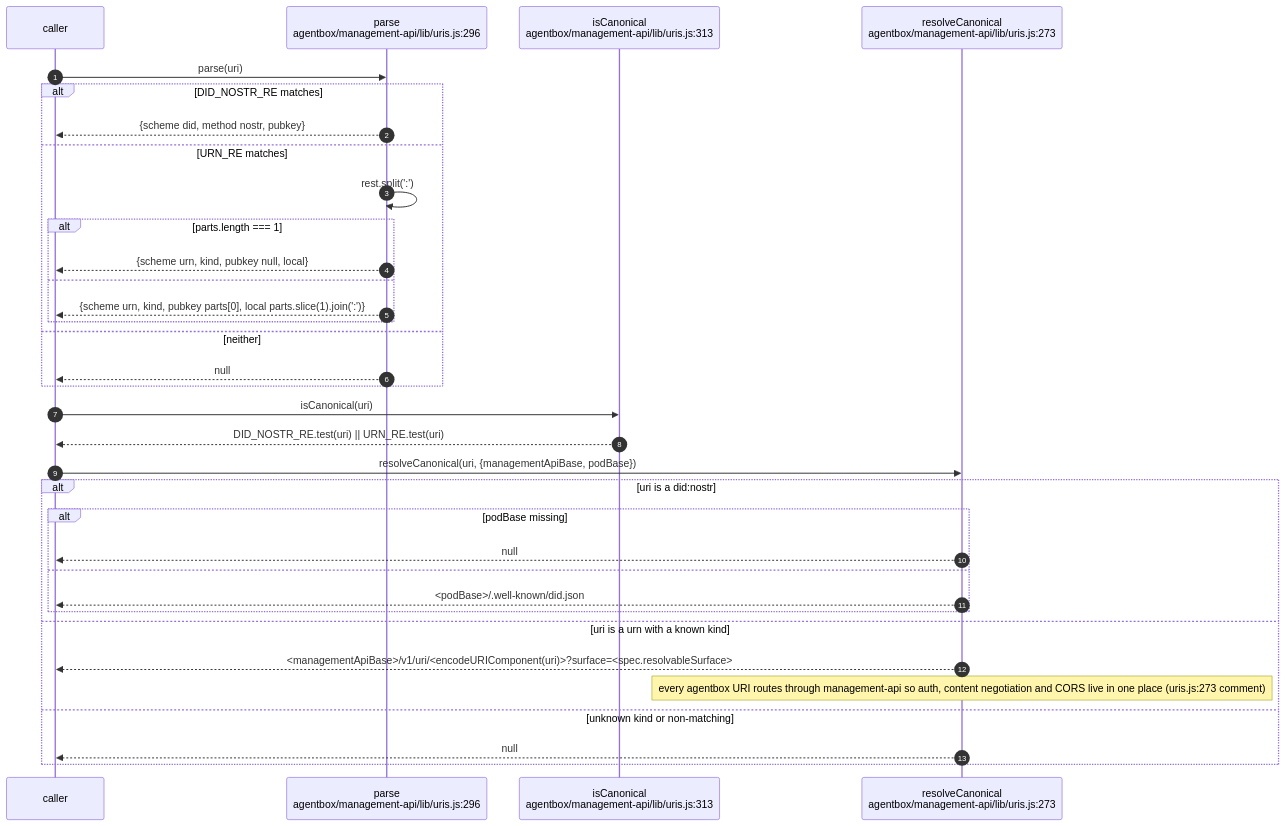
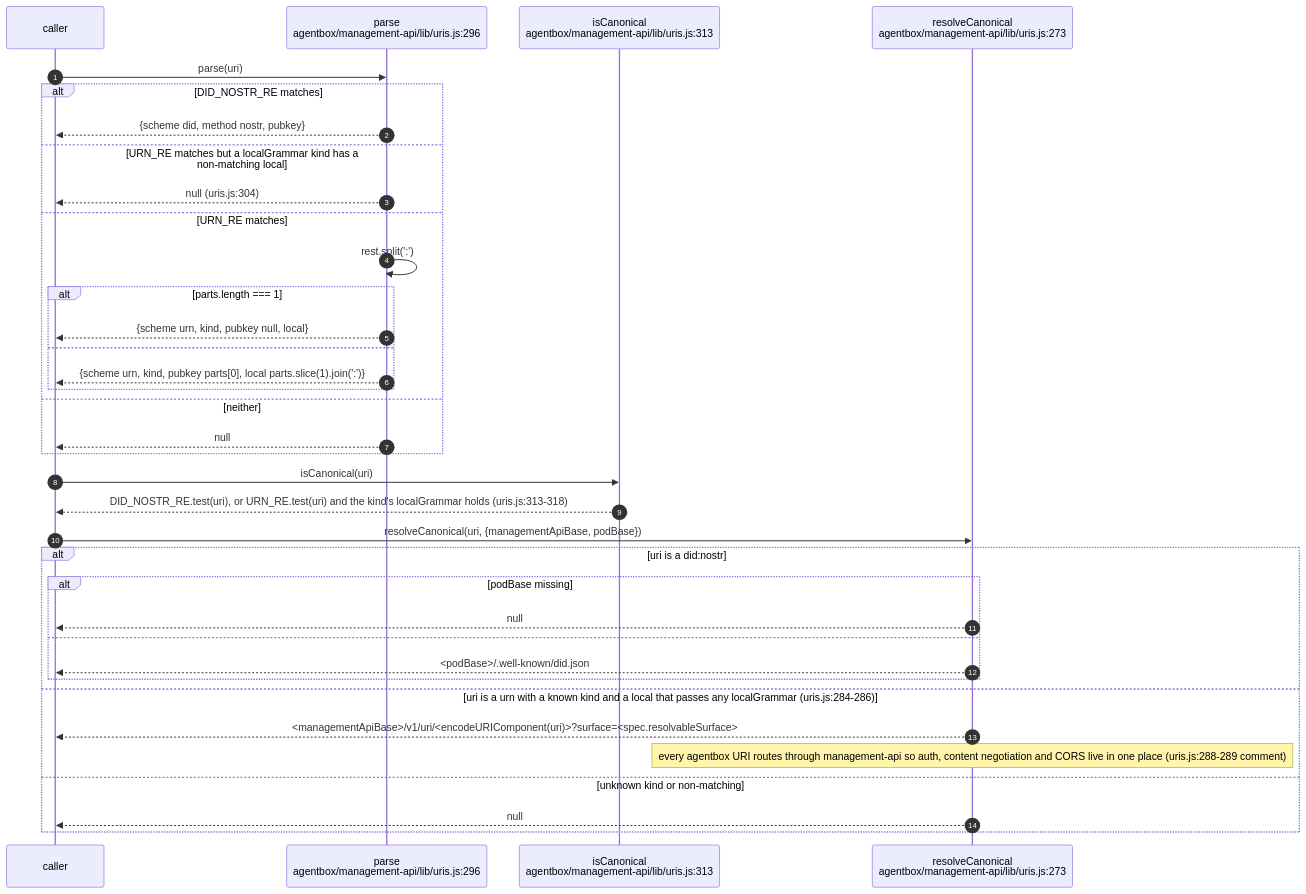
The sixth of 16 diagrams in docs/diagrams/agentbox/11-identity-did-mandate-authority.md (DreamLab-AI/VisionFlow), drawn with Mermaid before and after one commit. The commit also changed other lines of this file and 173 other files, not shown here.

````diff
--- a/docs/diagrams/agentbox/11-identity-did-mandate-authority.md
+++ b/docs/diagrams/agentbox/11-identity-did-mandate-authority.md
@@ -264,37 +272,39 @@
 ```mermaid
 sequenceDiagram
     autonumber
     participant C as caller
     participant P as parse<br/>agentbox/management-api/lib/uris.js:296
     participant IC as isCanonical<br/>agentbox/management-api/lib/uris.js:313
     participant RC as resolveCanonical<br/>agentbox/management-api/lib/uris.js:273
 
     C->>P: parse(uri)
     alt DID_NOSTR_RE matches
         P-->>C: {scheme did, method nostr, pubkey}
+    else URN_RE matches but a localGrammar kind has a non-matching local
+        P-->>C: null (uris.js:304)
     else URN_RE matches
         P->>P: rest.split(':')
         alt parts.length === 1
             P-->>C: {scheme urn, kind, pubkey null, local}
         else
             P-->>C: {scheme urn, kind, pubkey parts[0], local parts.slice(1).join(':')}
         end
     else neither
         P-->>C: null
     end
     C->>IC: isCanonical(uri)
-    IC-->>C: DID_NOSTR_RE.test(uri) || URN_RE.test(uri)
+    IC-->>C: DID_NOSTR_RE.test(uri), or URN_RE.test(uri) and the kind's localGrammar holds (uris.js:313-318)
     C->>RC: resolveCanonical(uri, {managementApiBase, podBase})
     alt uri is a did:nostr
         alt podBase missing
             RC-->>C: null
         else
             RC-->>C: <podBase>/.well-known/did.json
         end
-    else uri is a urn with a known kind
+    else uri is a urn with a known kind and a local that passes any localGrammar (uris.js:284-286)
         RC-->>C: <managementApiBase>/v1/uri/<encodeURIComponent(uri)>?surface=<spec.resolvableSurface>
-        Note over RC: every agentbox URI routes through management-api so auth, content negotiation and CORS live in one place (uris.js:273 comment)
+        Note over RC: every agentbox URI routes through management-api so auth, content negotiation and CORS live in one place (uris.js:288-289 comment)
     else unknown kind or non-matching
         RC-->>C: null
     end
 ```
````
